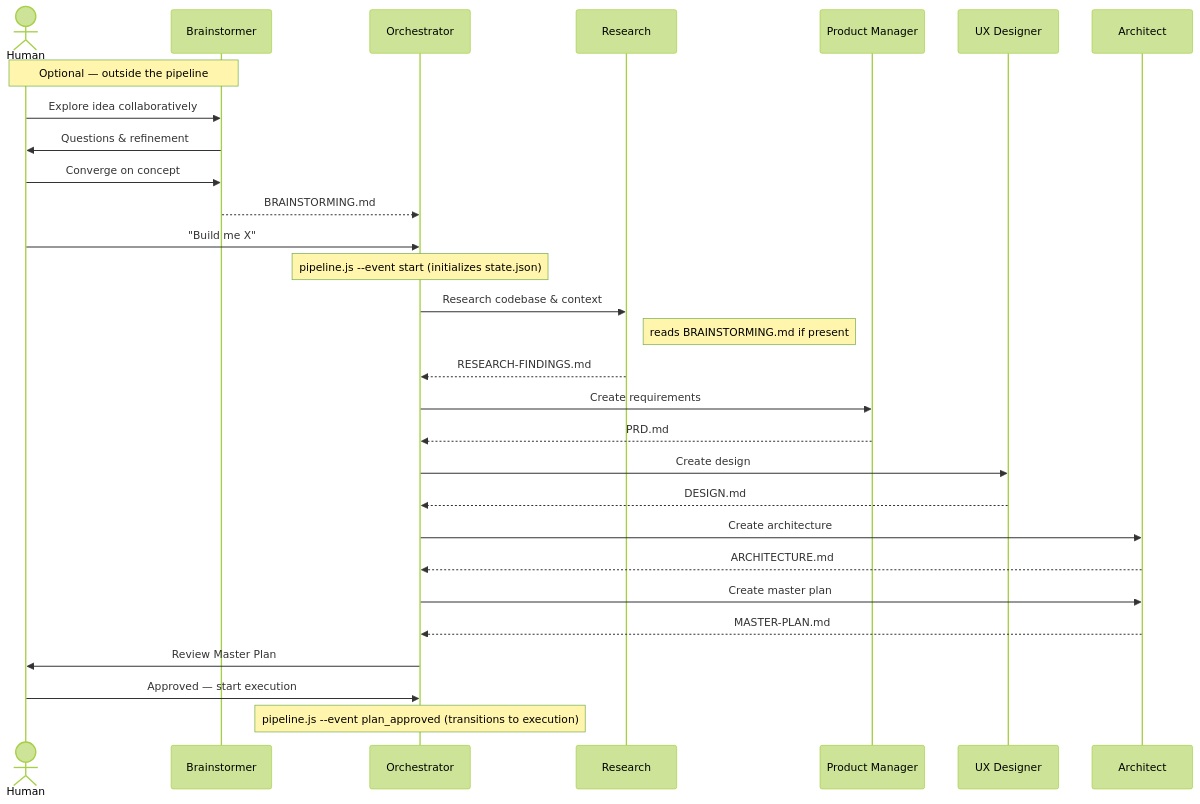
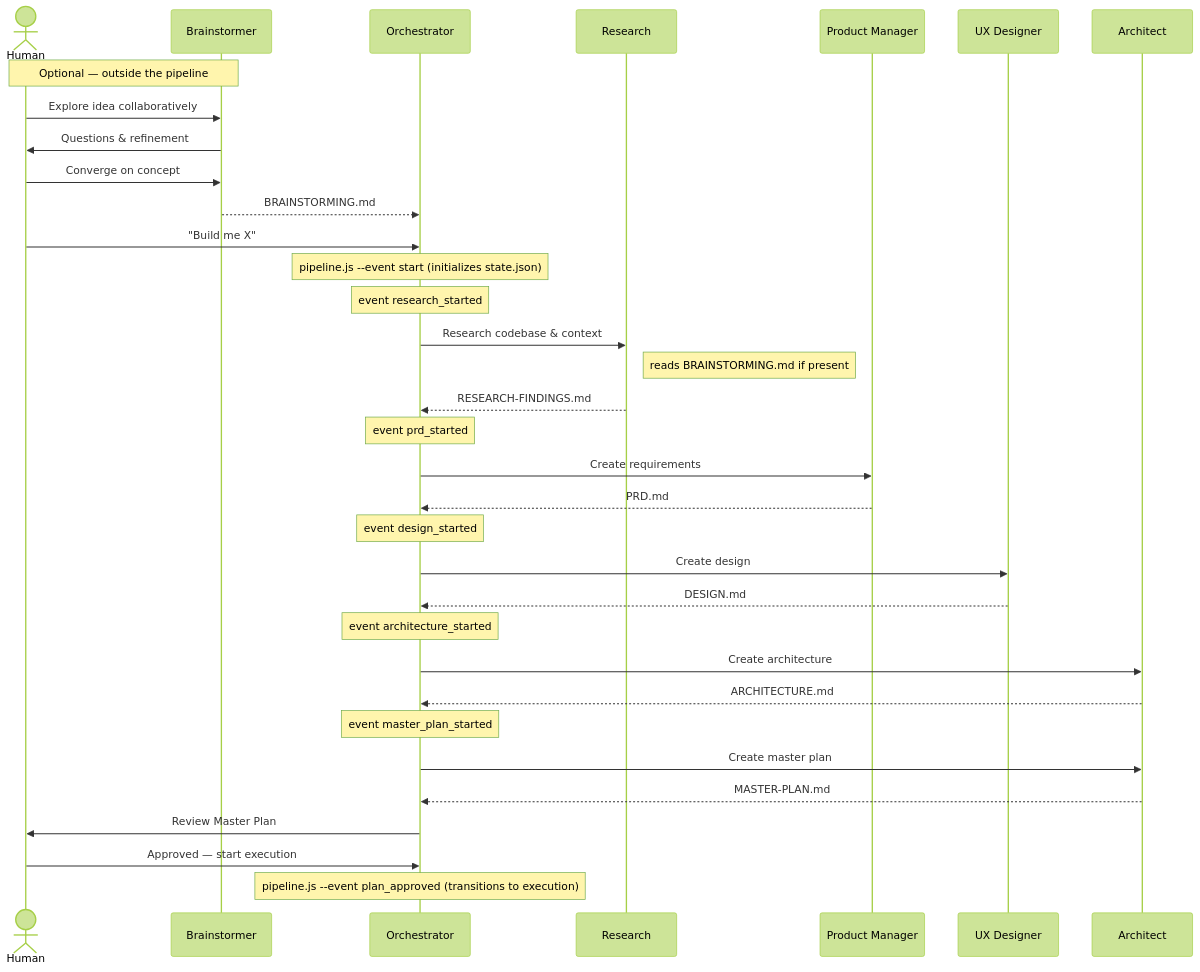
One commit to MetalHexx/RadOrchestration changed the fifth of 7 diagrams in docs/pipeline.md. Above: the diagram before and after it, drawn with Mermaid (forest theme). The commit also changed 12 other files, not shown here.

First line of the commit message:
fix: UI reactivity fixes, richer pipeline badges, and _started event handlers

````diff
--- a/docs/pipeline.md
+++ b/docs/pipeline.md
@@ -87,39 +87,44 @@
 ```mermaid
 sequenceDiagram
     actor Human
     participant BRM as Brainstormer
     participant ORC as Orchestrator
     participant RSC as Research
     participant PM as Product Manager
     participant UX as UX Designer
     participant ARC as Architect
 
     Note over Human,BRM: Optional — outside the pipeline
     Human->>BRM: Explore idea collaboratively
     BRM->>Human: Questions & refinement
     Human->>BRM: Converge on concept
     BRM-->>ORC: BRAINSTORMING.md
 
     Human->>ORC: "Build me X"
     Note over ORC: pipeline.js --event start (initializes state.json)
 
+    Note over ORC: event research_started
     ORC->>RSC: Research codebase & context
     Note right of RSC: reads BRAINSTORMING.md if present
     RSC-->>ORC: RESEARCH-FINDINGS.md
 
+    Note over ORC: event prd_started
     ORC->>PM: Create requirements
     PM-->>ORC: PRD.md
 
+    Note over ORC: event design_started
     ORC->>UX: Create design
     UX-->>ORC: DESIGN.md
 
+    Note over ORC: event architecture_started
     ORC->>ARC: Create architecture
     ARC-->>ORC: ARCHITECTURE.md
 
+    Note over ORC: event master_plan_started
     ORC->>ARC: Create master plan
     ARC-->>ORC: MASTER-PLAN.md
 
     ORC->>Human: Review Master Plan
     Human->>ORC: Approved — start execution
     Note over ORC: pipeline.js --event plan_approved (transitions to execution)
 ```
````
